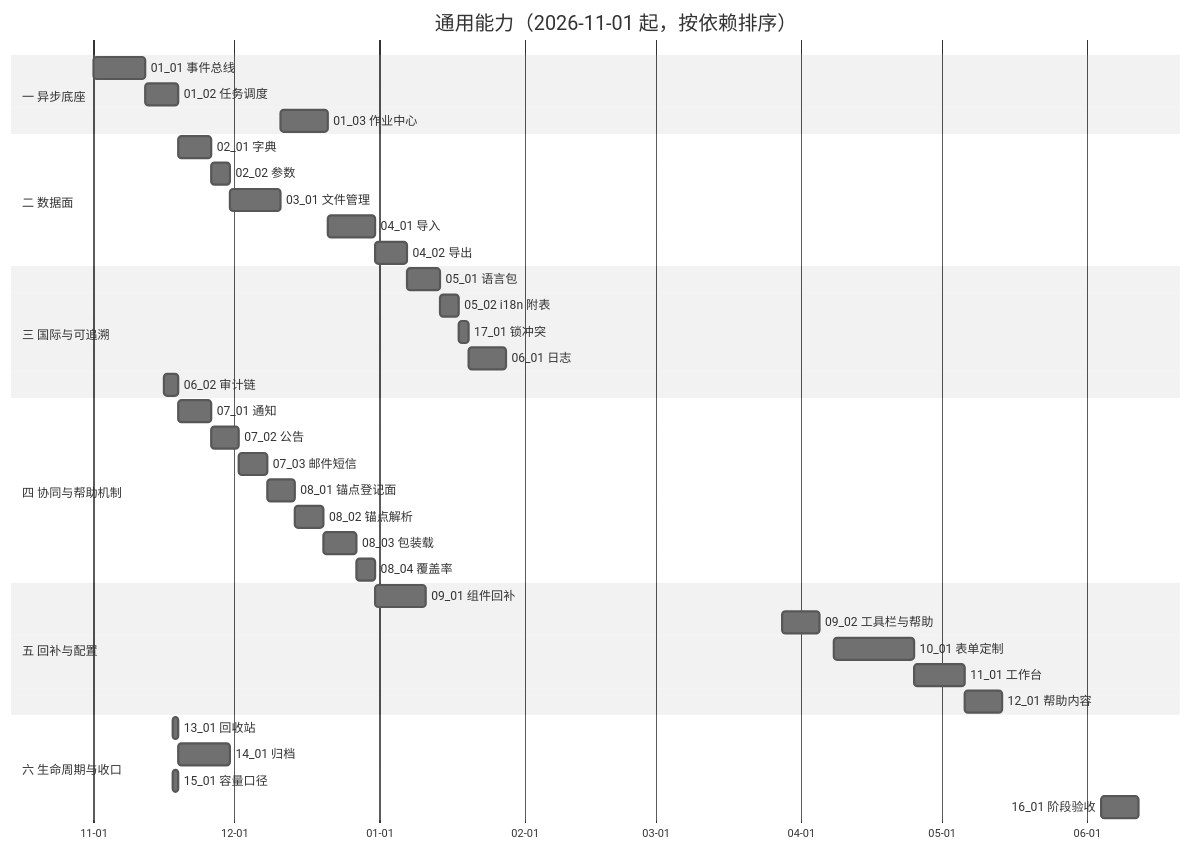
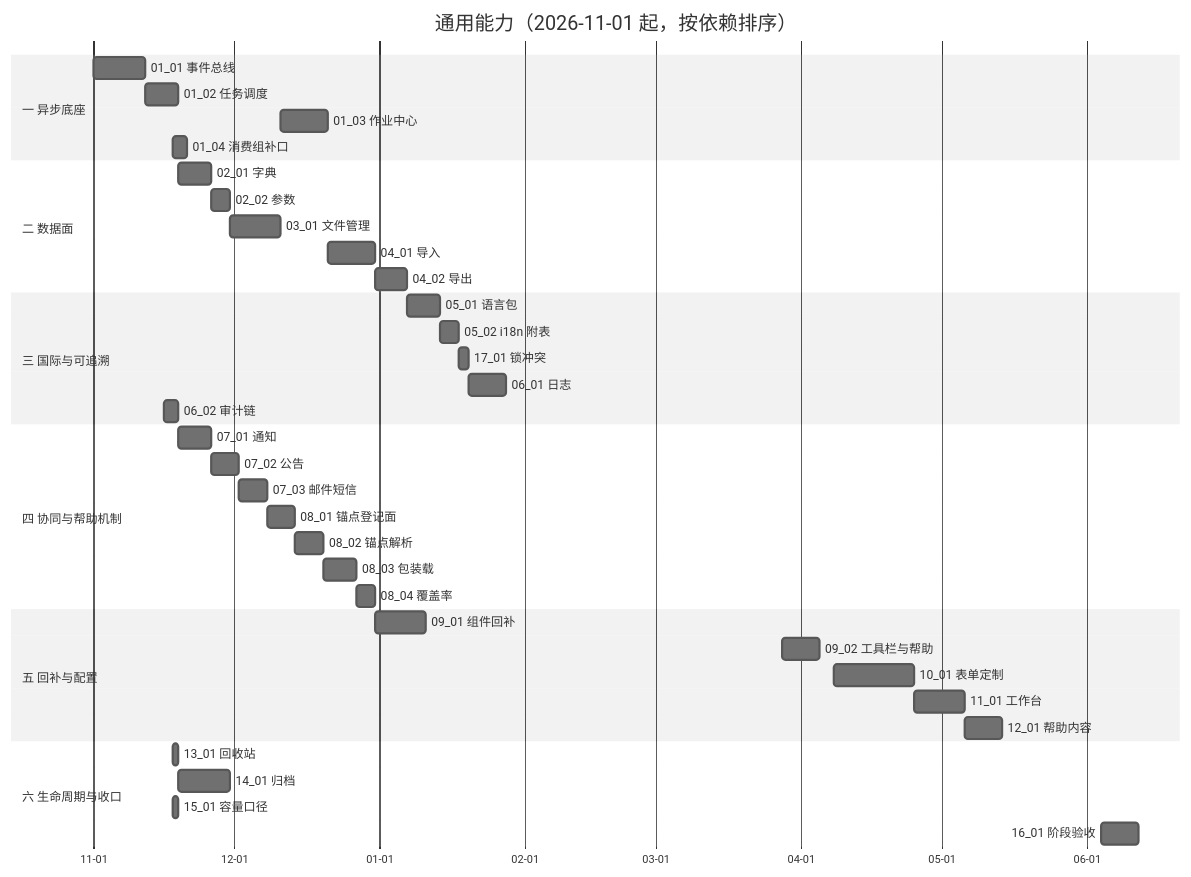
Before and after one commit to minjian123/basic-management-system: the diagram in bms文档/项目/08_通用能力/计划/01_计划_通用能力.md, drawn with Mermaid (neutral theme). The commit also changed other lines of this file and 11 other files, not shown here.

````diff
--- a/bms文档/项目/08_通用能力/计划/01_计划_通用能力.md
+++ b/bms文档/项目/08_通用能力/计划/01_计划_通用能力.md
@@ -62,41 +63,42 @@
 ```mermaid
 gantt
     title 通用能力（2026-11-01 起，按依赖排序）
     dateFormat YYYY-MM-DD
     axisFormat %m-%d
     section 一 异步底座
     01_01 事件总线 :t0101, 2026-11-01, 11d
     01_02 任务调度 :t0102, after t0101, 7d
     01_03 作业中心 :t0103, 2026-12-11, 10d
+    01_04 消费组补口 :t0104, 2026-11-18, 3d
     section 二 数据面
     02_01 字典 :t0201, after t0102, 7d
     02_02 参数 :t0202, after t0201, 4d
     03_01 文件管理 :t0301, after t0202, 11d
     04_01 导入 :t0401, after t0103, 10d
     04_02 导出 :t0402, after t0401, 7d
     section 三 国际与可追溯
     05_01 语言包 :t0501, after t0402, 7d
     05_02 i18n 附表 :t0502, after t0501, 4d
     17_01 锁冲突 :t1701, after t0502, 2d
     06_01 日志 :t0601, after t1701, 8d
     06_02 审计链 :t0602, 2026-11-16, 3d
     section 四 协同与帮助机制
     07_01 通知 :t0701, after t0602, 7d
     07_02 公告 :t0702, after t0701, 6d
     07_03 邮件短信 :t0703, after t0702, 6d
     08_01 锚点登记面 :t0801, after t0703, 6d
     08_02 锚点解析 :t0802, after t0801, 6d
     08_03 包装载 :t0803, after t0802, 7d
     08_04 覆盖率 :t0804, after t0803, 4d
     section 五 回补与配置
     09_01 组件回补 :t0901, after t0804, 11d
     09_02 工具栏与帮助 :t0902, 2027-03-28, 8d
     10_01 表单定制 :t1001, 2027-04-08, 17d
     11_01 工作台 :t1101, 2027-04-25, 11d
     12_01 帮助内容 :t1201, 2027-05-06, 8d
     section 六 生命周期与收口
     13_01 回收站 :t1301, 2026-11-18, 1d
     14_01 归档 :t1401, after t1301, 11d
     15_01 容量口径 :t1501, 2026-11-18, 1d
     16_01 阶段验收 :t1601, 2027-06-04, 8d
 ```
````
